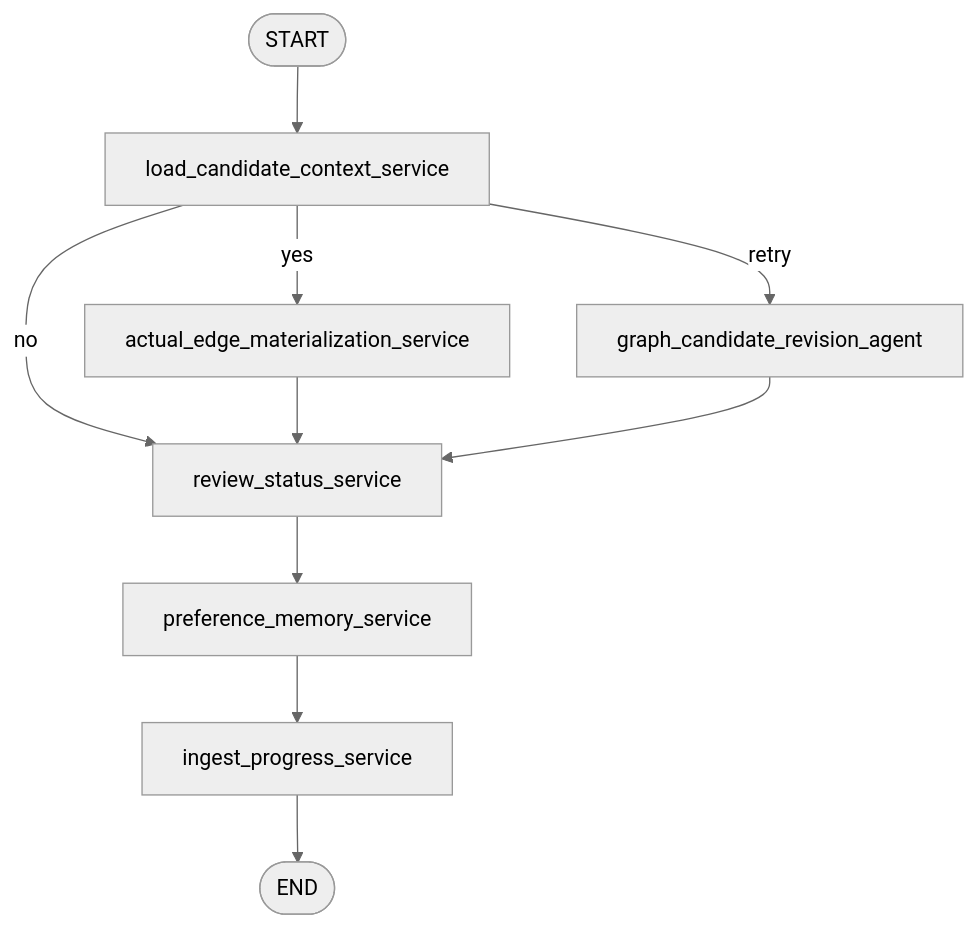
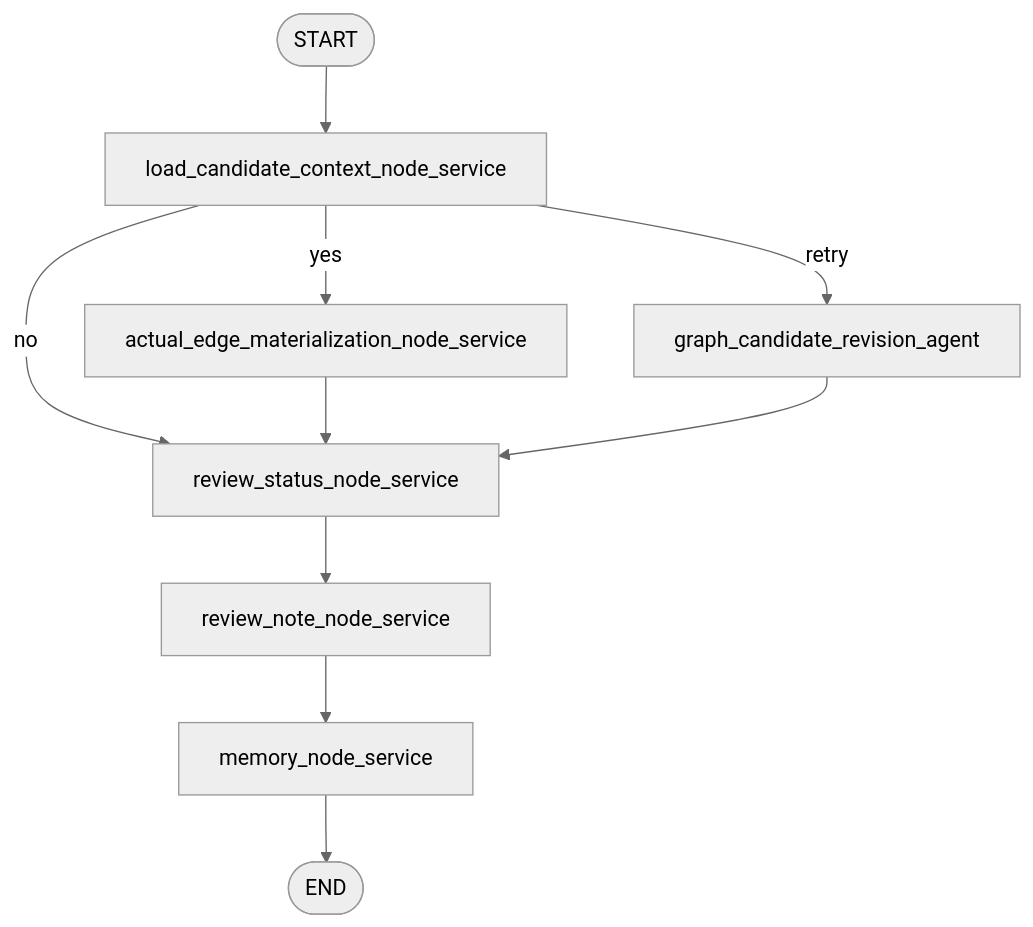
The second of 2 diagrams in rag/be/src/pipeline/README.md (vosnuev/elderly-legal-rag), drawn with Mermaid (neutral theme) before and after one commit. The commit also changed other lines of this file and 109 other files, not shown here.

````diff
--- a/rag/be/src/pipeline/README.md
+++ b/rag/be/src/pipeline/README.md
@@ -169,21 +195,21 @@
 ```mermaid
 flowchart TD
     start([START])
-    load[load_candidate_context_service]
-    materialize[actual_edge_materialization_service]
+    load[load_candidate_context_node_service]
+    materialize[actual_edge_materialization_node_service]
     revise[graph_candidate_revision_agent]
-    status[review_status_service]
-    memory[preference_memory_service]
-    progress[ingest_progress_service]
+    status[review_status_node_service]
+    note[review_note_node_service]
+    memory[memory_node_service]
     finish([END])
 
     start --> load
     load -- yes --> materialize
     load -- no --> status
     load -- retry --> revise
     materialize --> status
     revise --> status
-    status --> memory
-    memory --> progress
-    progress --> finish
+    status --> note
+    note --> memory
+    memory --> finish
 ```
````
